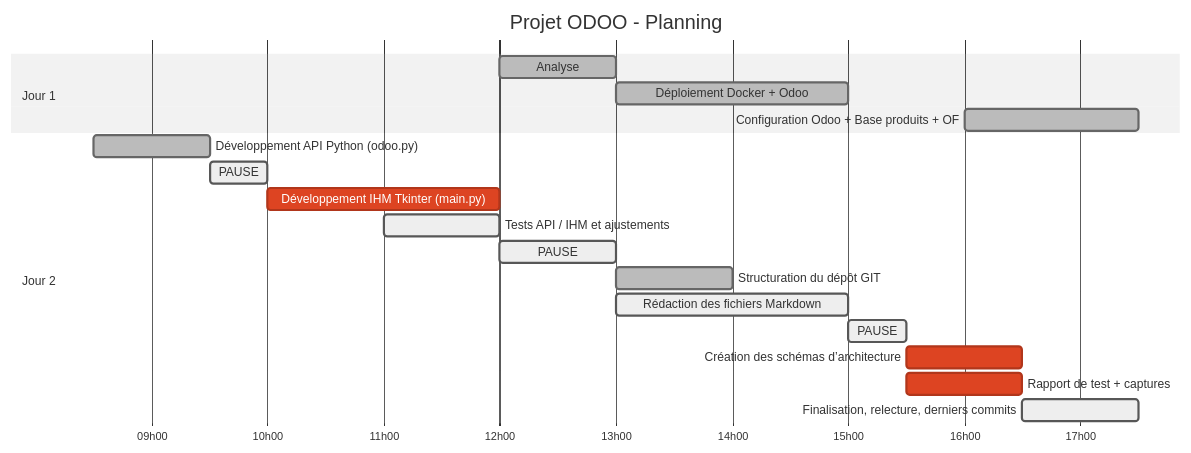
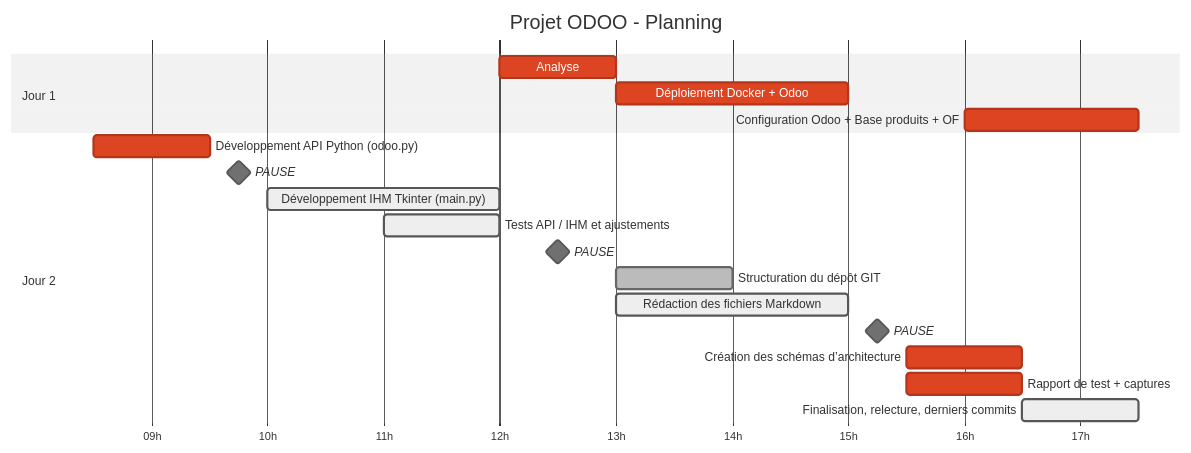
Before and after one commit to bouinloig-code/Projet-Odoo: the diagram in README.md, drawn with Mermaid (neutral theme).

````diff
--- a/README.md
+++ b/README.md
@@ -4,25 +4,24 @@
 ```mermaid
 gantt
     title Projet ODOO - Planning
     dateFormat  HH:mm
-    axisFormat  %Hh%M
+    axisFormat  %Hh
 
     section Jour 1
-    Analyse                          :done,    12:00, 13:00
-    Déploiement Docker + Odoo        :done,    13:00, 15:00
-    Configuration Odoo + Base produits + OF :done, 16:00, 17:30
+    Analyse                          :crit, 12:00, 13:00
+    Déploiement Docker + Odoo        :crit, 13:00, 15:00
+    Configuration Odoo + Base produits + OF :crit, 16:00, 17:30
 
     section Jour 2
-    Développement API Python (odoo.py)       :done,    08:30, 09:30
-    PAUSE                                   :active,  09:30, 10:00
-    Développement IHM Tkinter (main.py)     :crit,    10:00, 12:00
-    Tests API / IHM et ajustements          :active,  11:00, 12:00
-    PAUSE                                   :active,  12:00, 13:00
-    Structuration du dépôt GIT              :done,    13:00, 14:00
-    Rédaction des fichiers Markdown         :active,  13:00, 15:00
-    PAUSE                                   :active,  15:00, 15:30
-    Création des schémas d’architecture     :crit,    15:30, 16:30
-    Rapport de test + captures              :crit,    15:30, 16:30
+    Développement API Python (odoo.py)       :crit, 08:30, 09:30
+    PAUSE                                   :milestone, 09:30, 10:00
+    Développement IHM Tkinter (main.py)     :active, 10:00, 12:00
+    Tests API / IHM et ajustements          :active, 11:00, 12:00
+    PAUSE                                   :milestone, 12:00, 13:00
+    Structuration du dépôt GIT              :done, 13:00, 14:00
+    Rédaction des fichiers Markdown         :active, 13:00, 15:00
+    PAUSE                                   :milestone, 15:00, 15:30
+    Création des schémas d’architecture     :crit, 15:30, 16:30
+    Rapport de test + captures              :crit, 15:30, 16:30
     Finalisation, relecture, derniers commits :active, 16:30, 17:30
-
 ```
````
